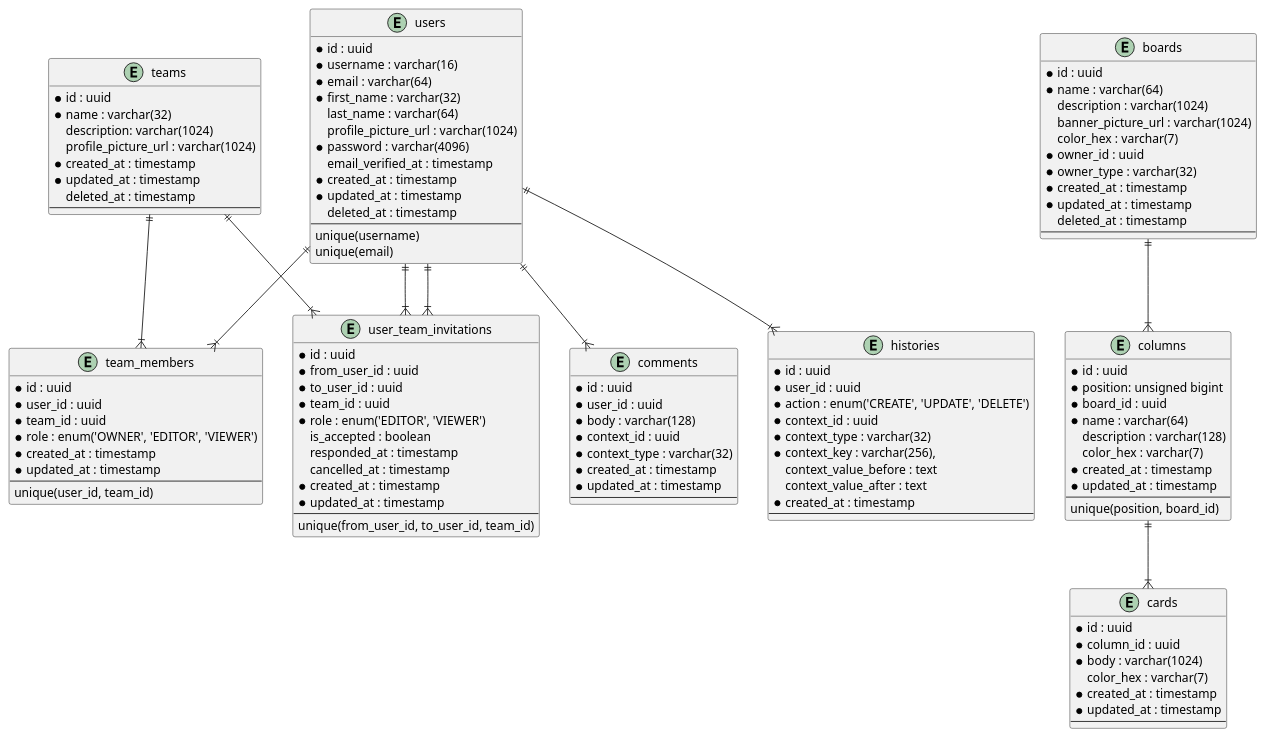
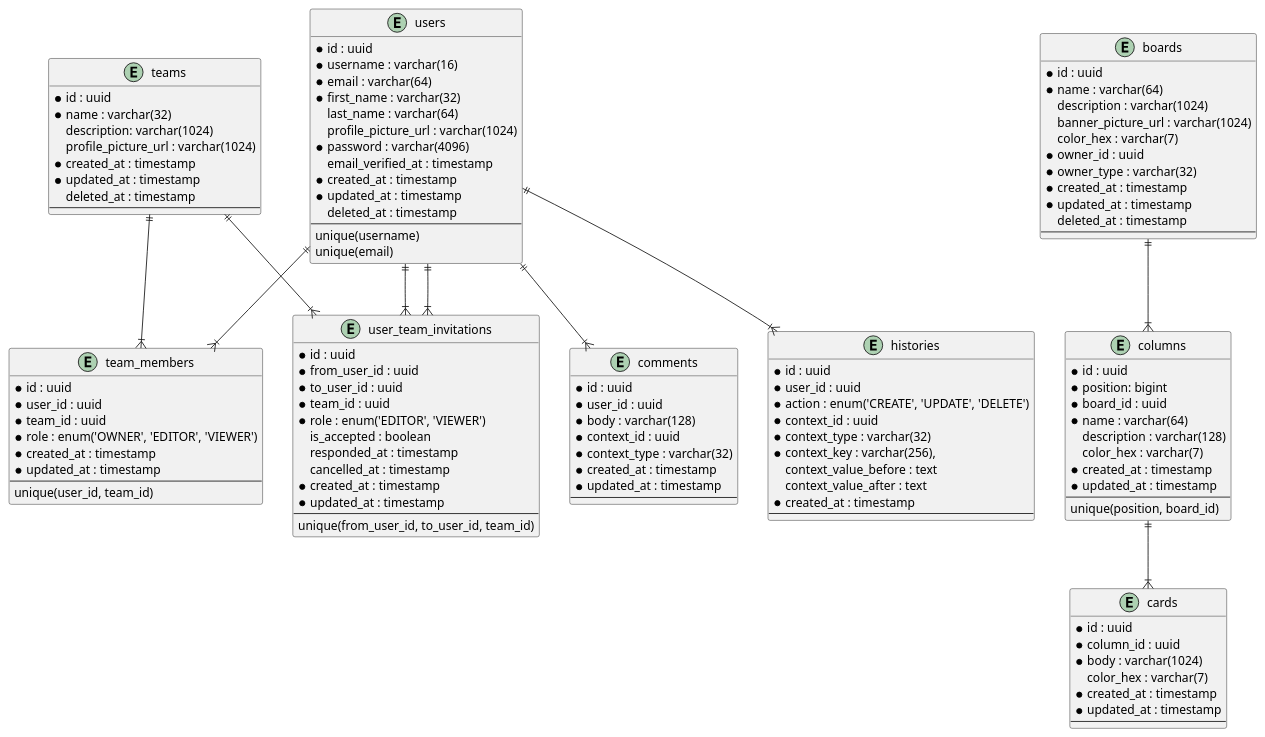
One commit to stackpan/tasque-server changed the diagram in docs/database/schema.puml. Above: the diagram before and after it, drawn with PlantUML. The commit also changed 1 other file, not shown here.

```diff
--- a/docs/database/schema.puml
+++ b/docs/database/schema.puml
@@ -1,128 +1,128 @@
 @startuml Tasque database schema
 
 entity users {
     * id : uuid
     * username : varchar(16)
     * email : varchar(64)
     * first_name : varchar(32)
     last_name : varchar(64)
     profile_picture_url : varchar(1024)
     * password : varchar(4096)
     email_verified_at : timestamp
     * created_at : timestamp
     * updated_at : timestamp
     deleted_at : timestamp
     --
     unique(username)
     unique(email)
 }
 
 entity teams {
     * id : uuid
     * name : varchar(32)
     description: varchar(1024)
     profile_picture_url : varchar(1024)
     * created_at : timestamp
     * updated_at : timestamp
     deleted_at : timestamp
     --
 }
 
 entity team_members {
     * id : uuid
     * user_id : uuid
     * team_id : uuid
     * role : enum('OWNER', 'EDITOR', 'VIEWER')
     * created_at : timestamp
     * updated_at : timestamp
     --
     unique(user_id, team_id)
 }
 
 entity user_team_invitations {
     * id : uuid
     * from_user_id : uuid
     * to_user_id : uuid
     * team_id : uuid
     * role : enum('EDITOR', 'VIEWER')
     is_accepted : boolean
     responded_at : timestamp
     cancelled_at : timestamp
     * created_at : timestamp
     * updated_at : timestamp
     --
     unique(from_user_id, to_user_id, team_id)
 }
 
 entity boards {
     * id : uuid
     * name : varchar(64)
     description : varchar(1024)
     banner_picture_url : varchar(1024)
     color_hex : varchar(7)
     * owner_id : uuid
     * owner_type : varchar(32)
     * created_at : timestamp
     * updated_at : timestamp
     deleted_at : timestamp
     --
 }
 
 entity columns {
     * id : uuid
-    * position: unsigned bigint
+    * position: bigint
     * board_id : uuid
     * name : varchar(64)
     description : varchar(128)
     color_hex : varchar(7)
     * created_at : timestamp
     * updated_at : timestamp
     --
     unique(position, board_id)
 }
 
 entity cards {
     * id : uuid
     * column_id : uuid
     * body : varchar(1024)
     color_hex : varchar(7)
     * created_at : timestamp
     * updated_at : timestamp
     --
 }
 
 entity comments {
     * id : uuid
     * user_id : uuid
     * body : varchar(128)
     * context_id : uuid
     * context_type : varchar(32)
     * created_at : timestamp
     * updated_at : timestamp
     --
 }
 
 entity histories {
     * id : uuid
     * user_id : uuid
     * action : enum('CREATE', 'UPDATE', 'DELETE')
     * context_id : uuid
     * context_type : varchar(32)
     * context_key : varchar(256),
     context_value_before : text
     context_value_after : text
     * created_at : timestamp
     --
 }
 
 users ||--|{ team_members
 teams ||--|{ team_members
 users ||--|{ user_team_invitations
 users ||--|{ user_team_invitations
 teams ||--|{ user_team_invitations
 boards ||--|{ columns
 columns ||--|{ cards
 users ||--|{ comments
 users ||--|{ histories
 
 @enduml
```
